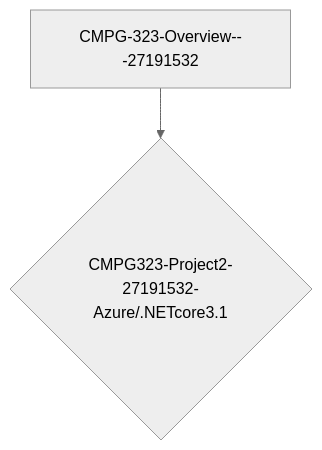
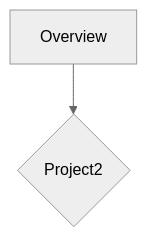
The diagram in README.md (BeoVR6R/CMPG-323-Overview---27191532), drawn with Mermaid (neutral theme) before and after one commit.

````diff
--- a/README.md
+++ b/README.md
@@ -11,4 +11,4 @@
 ```mermaid
 flowchart TD
-    A[CMPG-323-Overview---27191532] --> B{CMPG323-Project2-27191532-Azure/.NETcore3.1}
+    A[Overview] --> B{Project2}
 ```
````
